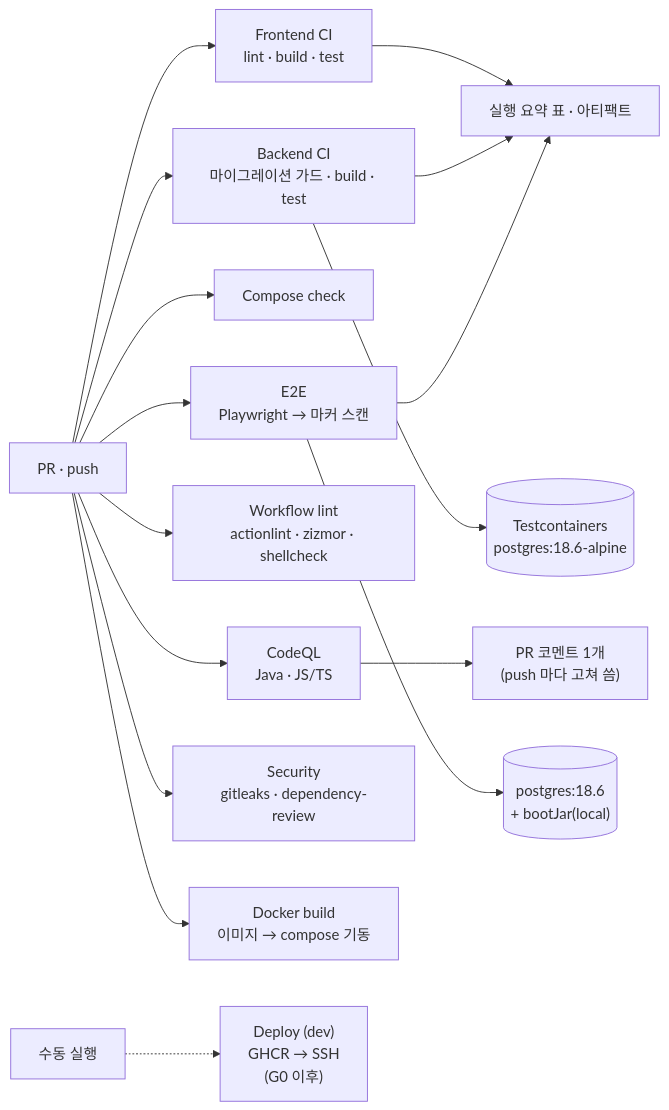
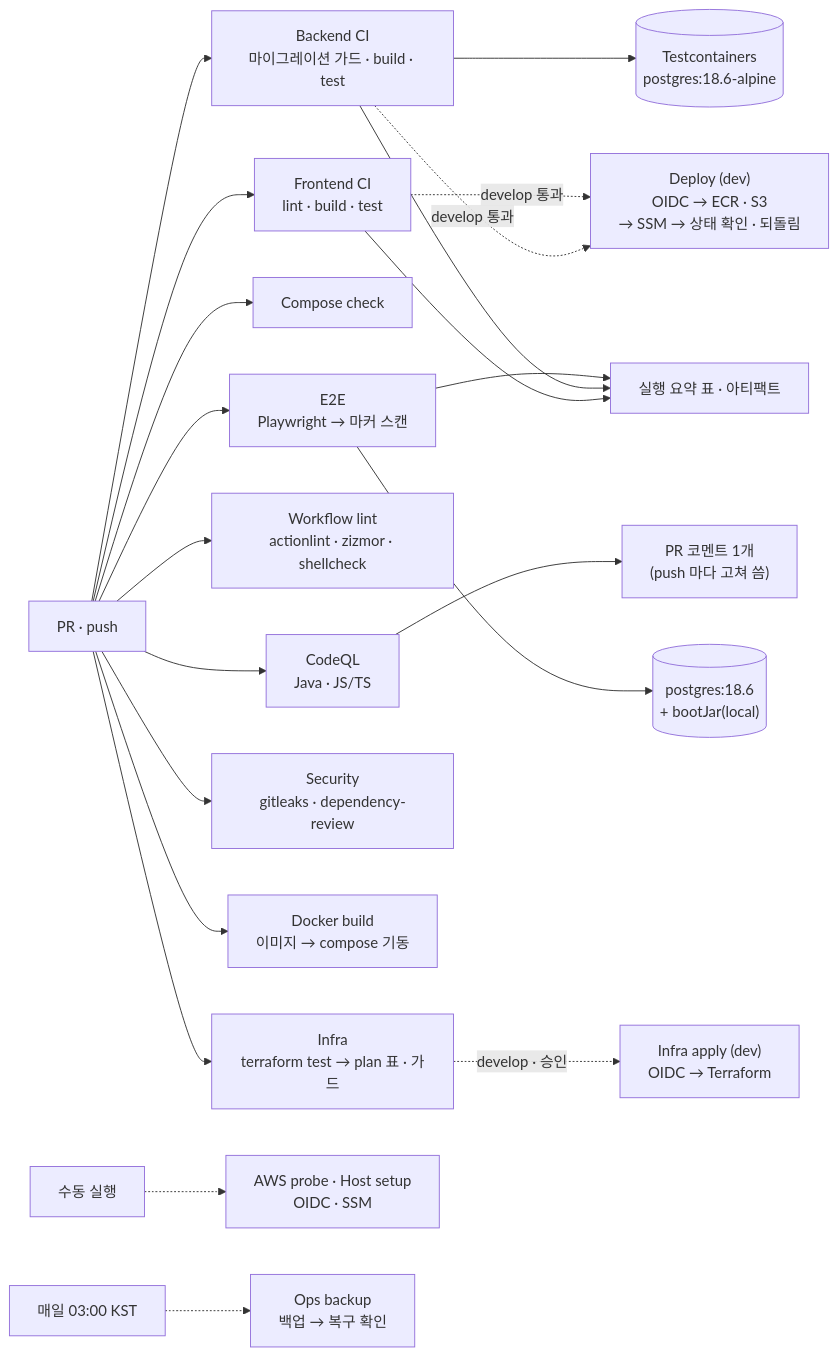
The diagram in docs/github-actions.md (kakaotechcampus-4/ktc4-chonnam-4), drawn with Mermaid before and after one commit. The commit also changed other lines of this file and 64 other files, not shown here.

First line of the commit message:
ci: AWS 배포 1단계 — 설계·권한 확인·인프라(Terraform)·서버 배포·되돌리기·백업 파이프라인을 추가

````diff
--- a/docs/github-actions.md
+++ b/docs/github-actions.md
@@ -32,18 +36,23 @@
 ```mermaid
 flowchart LR
   PR["PR · push"] --> FE["Frontend CI<br/>lint · build · test"]
   PR --> BE["Backend CI<br/>마이그레이션 가드 · build · test"]
   PR --> CC["Compose check"]
   PR --> CQ["CodeQL<br/>Java · JS/TS"]
   PR --> WL["Workflow lint<br/>actionlint · zizmor · shellcheck"]
   PR --> E2E["E2E<br/>Playwright → 마커 스캔"]
   PR --> SEC["Security<br/>gitleaks · dependency-review"]
   PR --> DK["Docker build<br/>이미지 → compose 기동"]
+  PR --> INF["Infra<br/>terraform test → plan 표 · 가드"]
   BE --> TC[("Testcontainers<br/>postgres:18.6-alpine")]
   E2E --> DB[("postgres:18.6<br/>+ bootJar(local)")]
   FE --> OUT["실행 요약 표 · 아티팩트"]
   BE --> OUT
   E2E --> OUT
   CQ --> CMT["PR 코멘트 1개<br/>(push 마다 고쳐 씀)"]
-  MAN["수동 실행"] -.-> DEP["Deploy (dev)<br/>GHCR → SSH<br/>(G0 이후)"]
+  BE -.->|"develop 통과"| DEP["Deploy (dev)<br/>OIDC → ECR · S3<br/>→ SSM → 상태 확인 · 되돌림"]
+  FE -.->|"develop 통과"| DEP
+  INF -.->|"develop · 승인"| APPLY["Infra apply (dev)<br/>OIDC → Terraform"]
+  MAN["수동 실행"] -.-> PROBE["AWS probe · Host setup<br/>OIDC · SSM"]
+  CRON["매일 03:00 KST"] -.-> BAK["Ops backup<br/>백업 → 복구 확인"]
 ```
````
